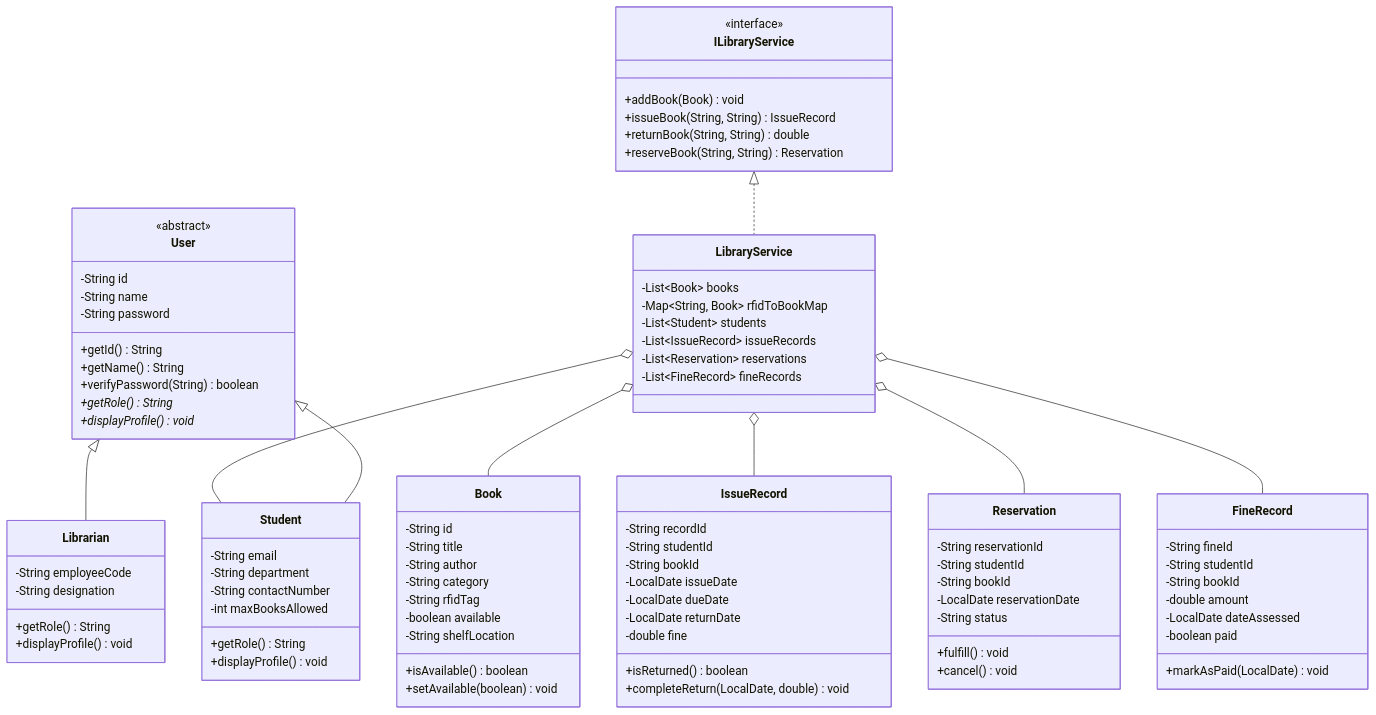
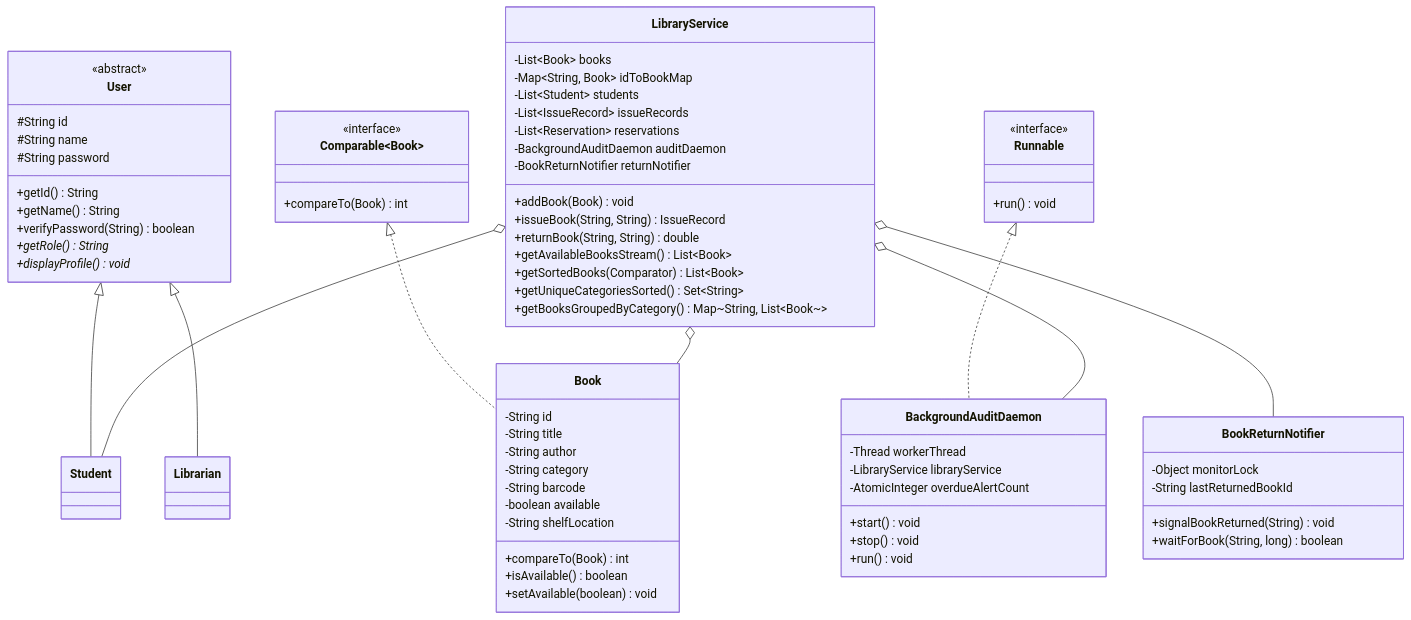
Before and after one commit to aashi3546beai25-star/NexLib-Digital-Library: the diagram in PROJECT_REPORT.md, drawn with Mermaid. The commit also changed other lines of this file and 32 other files, not shown here.

````diff
--- a/PROJECT_REPORT.md
+++ b/PROJECT_REPORT.md
@@ -173,9 +162,9 @@
 classDiagram
     class User {
         <<abstract>>
-        -String id
-        -String name
-        -String password
+        #String id
+        #String name
+        #String password
         +getId() String
         +getName() String
         +verifyPassword(String) boolean
@@ -183,90 +172,71 @@
         +displayProfile()* void
     }
 
-    class Student {
-        -String email
-        -String department
-        -String contactNumber
-        -int maxBooksAllowed
-        +getRole() String
-        +displayProfile() void
-    }
-
-    class Librarian {
-        -String employeeCode
-        -String designation
-        +getRole() String
-        +displayProfile() void
-    }
-
     User <|-- Student
     User <|-- Librarian
+
+    class Comparable~Book~ {
+        <<interface>>
+        +compareTo(Book) int
+    }
 
     class Book {
         -String id
         -String title
         -String author
         -String category
-        -String rfidTag
+        -String barcode
         -boolean available
         -String shelfLocation
+        +compareTo(Book) int
         +isAvailable() boolean
         +setAvailable(boolean) void
     }
 
-    class IssueRecord {
-        -String recordId
-        -String studentId
-        -String bookId
-        -LocalDate issueDate
-        -LocalDate dueDate
-        -LocalDate returnDate
-        -double fine
-        +isReturned() boolean
-        +completeReturn(LocalDate, double) void
-    }
+    Comparable <|.. Book
 
-    class Reservation {
-        -String reservationId
-        -String studentId
-        -String bookId
-        -LocalDate reservationDate
-        -String status
-        +fulfill() void
-        +cancel() void
-    }
-
-    class FineRecord {
-        -String fineId
-        -String studentId
-        -String bookId
-        -double amount
-        -LocalDate dateAssessed
-        -boolean paid
-        +markAsPaid(LocalDate) void
-    }
-
-    class ILibraryService {
-        <<interface>>
+    class LibraryService {
+        -List~Book~ books
+        -Map~String, Book~ idToBookMap
+        -List~Student~ students
+        -List~IssueRecord~ issueRecords
+        -List~Reservation~ reservations
+        -BackgroundAuditDaemon auditDaemon
+        -BookReturnNotifier returnNotifier
         +addBook(Book) void
         +issueBook(String, String) IssueRecord
         +returnBook(String, String) double
-        +reserveBook(String, String) Reservation
+        +getAvailableBooksStream() List~Book~
+        +getSortedBooks(Comparator) List~Book~
+        +getUniqueCategoriesSorted() Set~String~
+        +getBooksGroupedByCategory() Map~String, List~Book~~
     }
 
-    class LibraryService {
-        -List~Book~ books
-        -Map~String, Book~ rfidToBookMap
-        -List~Student~ students
-        -List~IssueRecord~ issueRecords
-        -List~Reservation~ reservations
-        -List~FineRecord~ fineRecords
+    class Runnable {
+        <<interface>>
+        +run() void
     }
 
-    ILibraryService <|.. LibraryService
+    class BackgroundAuditDaemon {
+        -Thread workerThread
+        -LibraryService libraryService
+        -AtomicInteger overdueAlertCount
+        +start() void
+        +stop() void
+        +run() void
+    }
+
+    Runnable <|.. BackgroundAuditDaemon
+
+    class BookReturnNotifier {
+        -Object monitorLock
+        -String lastReturnedBookId
+        +signalBookReturned(String) void
+        +waitForBook(String, long) boolean
+    }
+
     LibraryService o-- Book
     LibraryService o-- Student
-    LibraryService o-- IssueRecord
-    LibraryService o-- Reservation
-    LibraryService o-- FineRecord
+    LibraryService o-- BackgroundAuditDaemon
+    LibraryService o-- BookReturnNotifier
 ```
````
